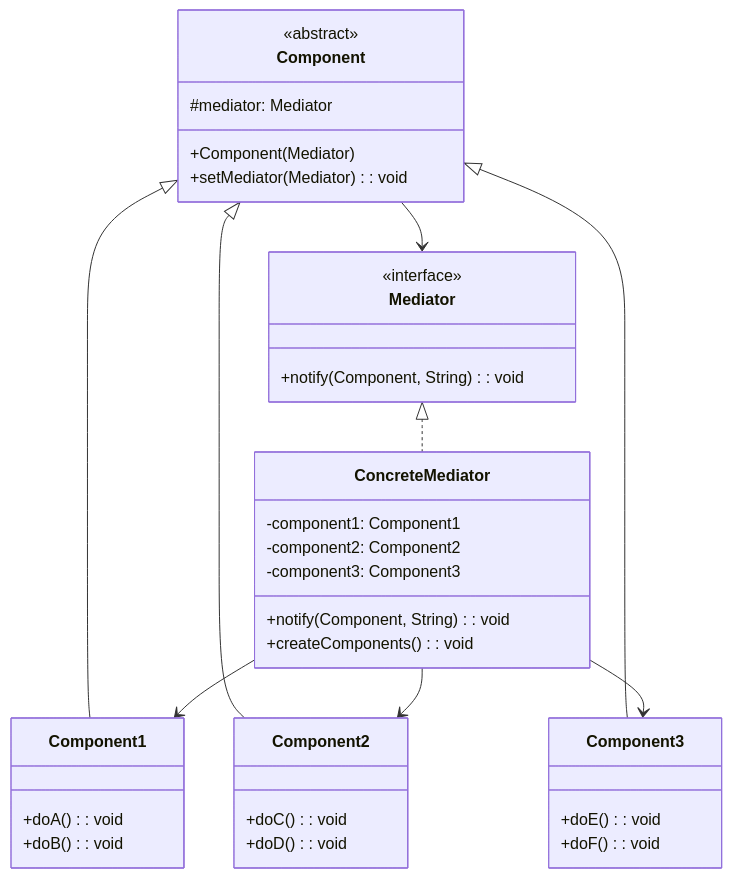
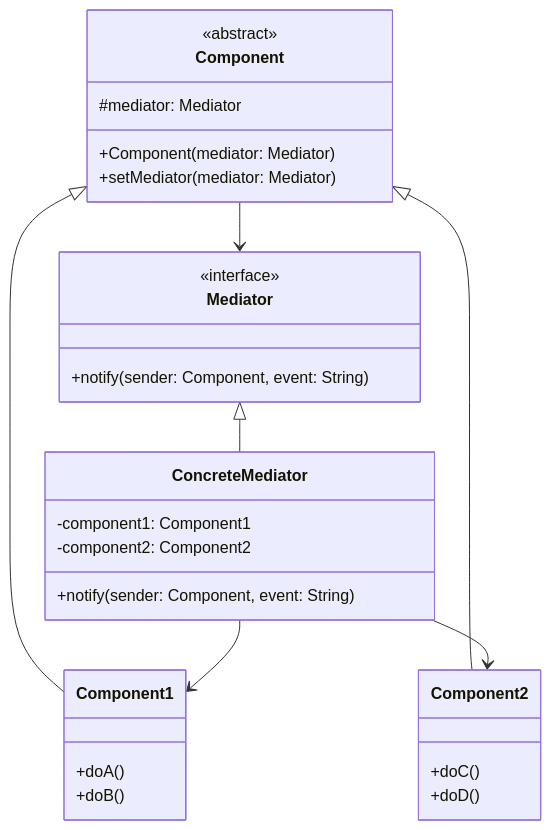
The first of 2 diagrams in docs/design-patterns/behavioral/mediator.md (ANTHEM37/tool-box), drawn with Mermaid before and after one commit. The commit also changed other lines of this file and 29 other files, not shown here.

````diff
--- a/docs/design-patterns/behavioral/mediator.md
+++ b/docs/design-patterns/behavioral/mediator.md
@@ -18,46 +37,37 @@
 ```mermaid
 classDiagram
     class Mediator {
         <<interface>>
-        +notify(Component, String): void
+        +notify(sender: Component, event: String)
     }
-
+    
     class ConcreteMediator {
         -component1: Component1
         -component2: Component2
-        -component3: Component3
-        +notify(Component, String): void
-        +createComponents(): void
+        +notify(sender: Component, event: String)
     }
-
+    
     class Component {
         <<abstract>>
         #mediator: Mediator
-        +Component(Mediator)
-        +setMediator(Mediator): void
+        +Component(mediator: Mediator)
+        +setMediator(mediator: Mediator)
     }
-
+    
     class Component1 {
-        +doA(): void
-        +doB(): void
+        +doA()
+        +doB()
     }
-
+    
     class Component2 {
-        +doC(): void
-        +doD(): void
+        +doC()
+        +doD()
     }
-
-    class Component3 {
-        +doE(): void
-        +doF(): void
-    }
-
-    Mediator <|.. ConcreteMediator
+    
+    Mediator <|-- ConcreteMediator
     Component <|-- Component1
     Component <|-- Component2
-    Component <|-- Component3
     ConcreteMediator --> Component1
     ConcreteMediator --> Component2
-    ConcreteMediator --> Component3
     Component --> Mediator
 ```
````
